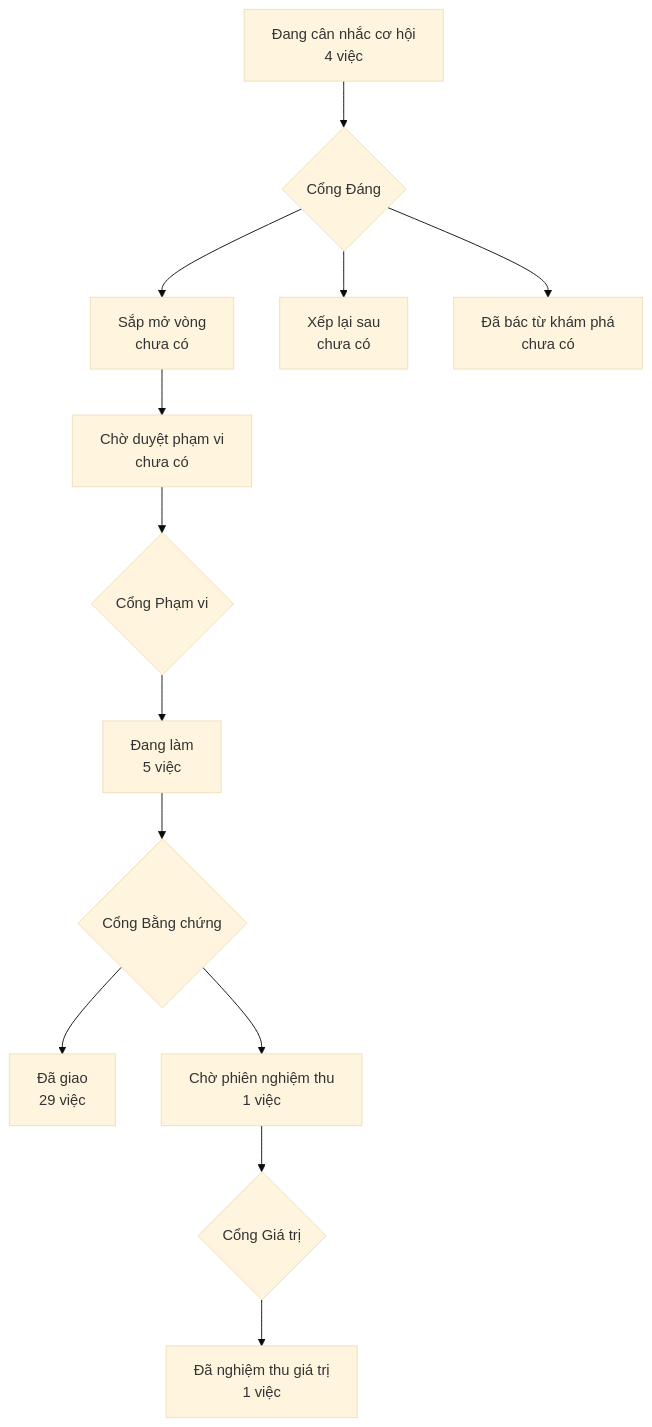
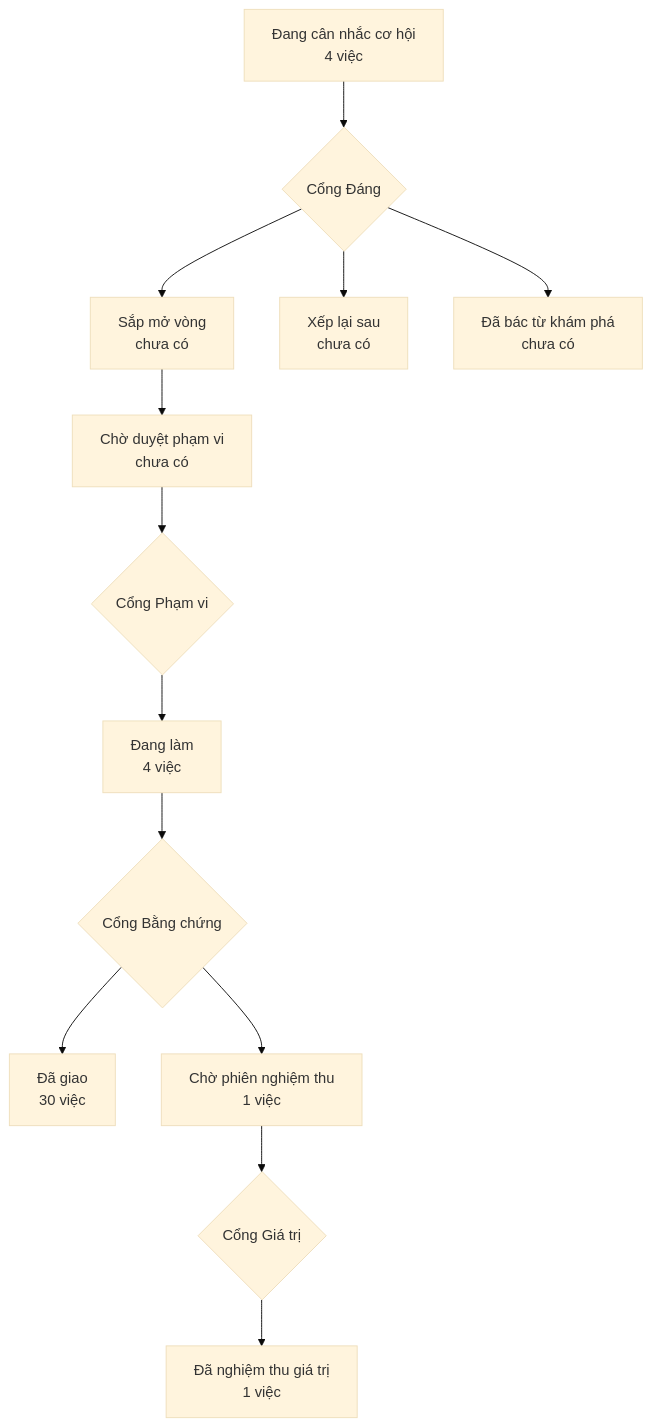
One commit to phanlemanh/crm-onehub changed the diagram in PRODUCT-MAP.md. Above: the diagram before and after it, drawn with Mermaid (base theme). The commit also changed 3 other files, not shown here.

````diff
--- a/PRODUCT-MAP.md
+++ b/PRODUCT-MAP.md
@@ -6,12 +6,12 @@
 ```mermaid
 flowchart TD
   A["Đang cân nhắc cơ hội<br/>4 việc"] --> GD{"Cổng Đáng"}
   GD --> B["Sắp mở vòng<br/>chưa có"]
   GD --> XL["Xếp lại sau<br/>chưa có"]
   GD --> DB["Đã bác từ khám phá<br/>chưa có"]
   B --> CD["Chờ duyệt phạm vi<br/>chưa có"] --> GP{"Cổng Phạm vi"}
-  GP --> DL["Đang làm<br/>5 việc"] --> GB{"Cổng Bằng chứng"}
-  GB --> DG["Đã giao<br/>29 việc"]
+  GP --> DL["Đang làm<br/>4 việc"] --> GB{"Cổng Bằng chứng"}
+  GB --> DG["Đã giao<br/>30 việc"]
   GB --> CN["Chờ phiên nghiệm thu<br/>1 việc"] --> GG{"Cổng Giá trị"}
   GG --> NT["Đã nghiệm thu giá trị<br/>1 việc"]
 ```
````
